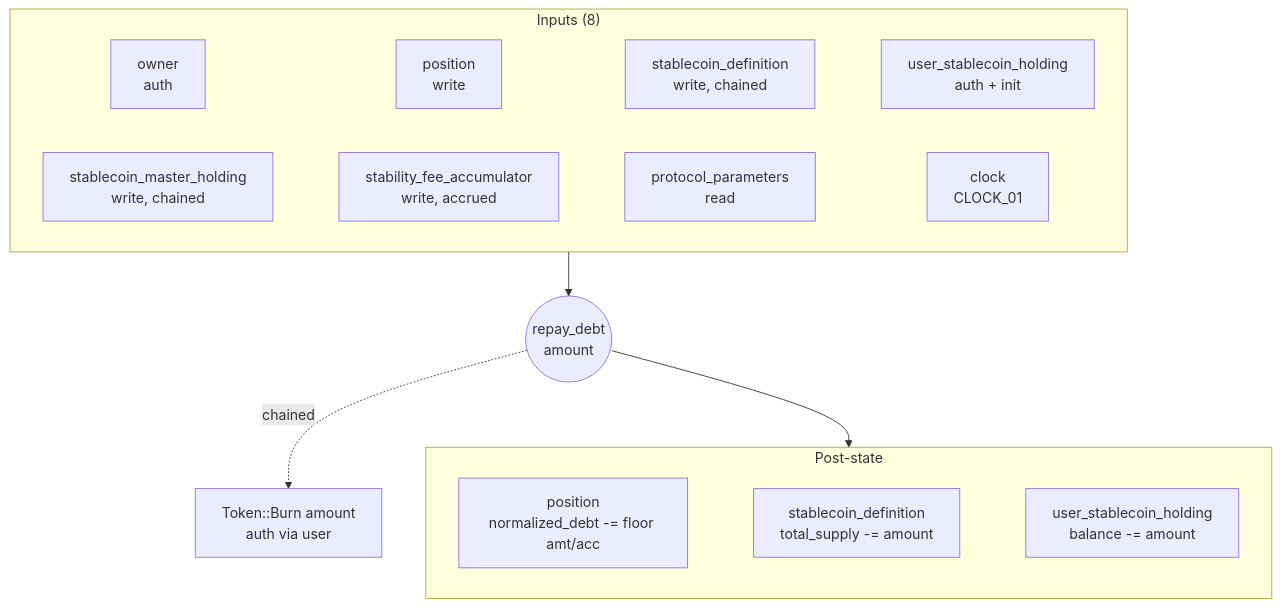
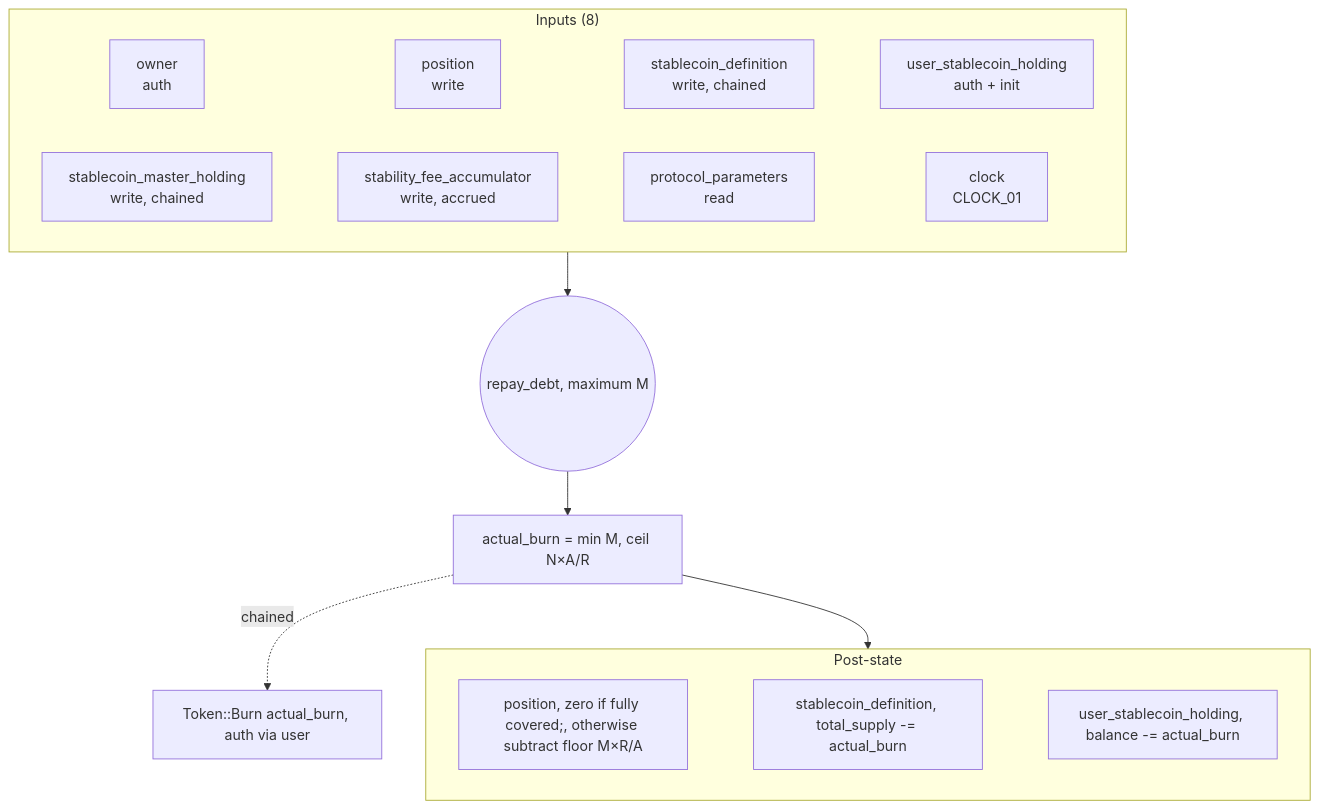
Before and after one commit to logos-blockchain/lez-programs: diagram 11 of 15 in docs/stablecoin/README.md, drawn with Mermaid. The commit also changed other lines of this file and 13 other files, not shown here.

Commit message:
fix(stablecoin): cap repayment at accrued outstanding debt

````diff
--- a/docs/stablecoin/README.md
+++ b/docs/stablecoin/README.md
@@ -1125,13 +1145,14 @@
 ```mermaid
 flowchart TD
     subgraph In["Inputs (8)"]
         a1[owner<br/>auth] ~~~ a2[position<br/>write] ~~~ a3[stablecoin_definition<br/>write, chained] ~~~ a4[user_stablecoin_holding<br/>auth + init]
         a5[stablecoin_master_holding<br/>write, chained] ~~~ a6[stability_fee_accumulator<br/>write, accrued] ~~~ a7[protocol_parameters<br/>read] ~~~ a8[clock<br/>CLOCK_01]
     end
     subgraph Post["Post-state"]
-        p1[position<br/>normalized_debt -= floor amt/acc] ~~~ p2[stablecoin_definition<br/>total_supply -= amount] ~~~ p3[user_stablecoin_holding<br/>balance -= amount]
+        p1[position, zero if fully covered;, otherwise subtract floor M×R/A] ~~~ p2[stablecoin_definition, total_supply -= actual_burn] ~~~ p3[user_stablecoin_holding, balance -= actual_burn]
     end
-    In --> Ins((repay_debt<br/>amount))
-    Ins --> Post
-    Ins -.chained.-> C1[Token::Burn amount<br/>auth via user]
+    In --> Ins((repay_debt, maximum M))
+    Ins --> Cap[actual_burn = min M, ceil N×A/R]
+    Cap --> Post
+    Cap -.chained.-> C1[Token::Burn actual_burn, auth via user]
 ```
````
